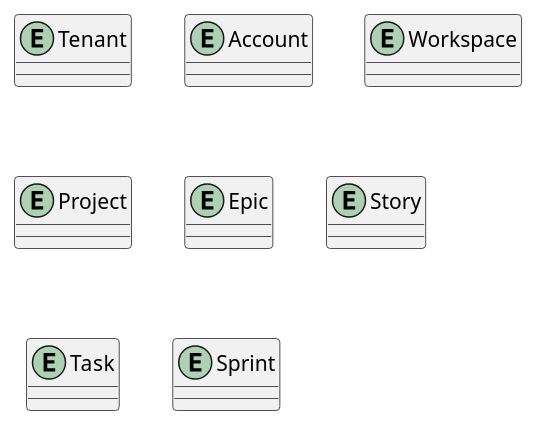
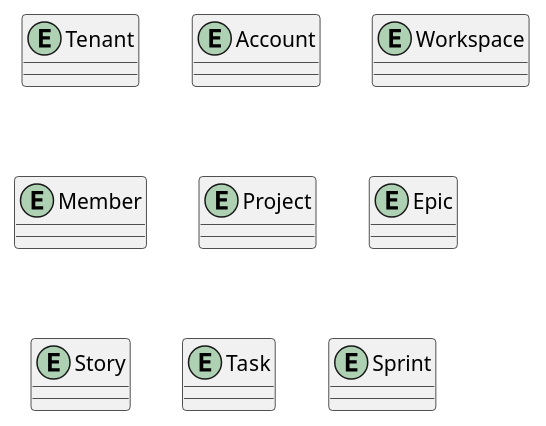
Before and after one commit to jairokoning/sprint_manager_uml: the diagram in entities.plantuml, drawn with PlantUML.

Commit message:
feat: add entity member

```diff
--- a/entities.plantuml
+++ b/entities.plantuml
@@ -1,12 +1,13 @@
 @startuml "entities"
 
 entity Tenant {}
 entity Account {}
 entity Workspace {}
+entity Member {}
 entity Project {}
 entity Epic {}
 entity Story {}
 entity Task {}
 entity Sprint {}
 
 @enduml
```
